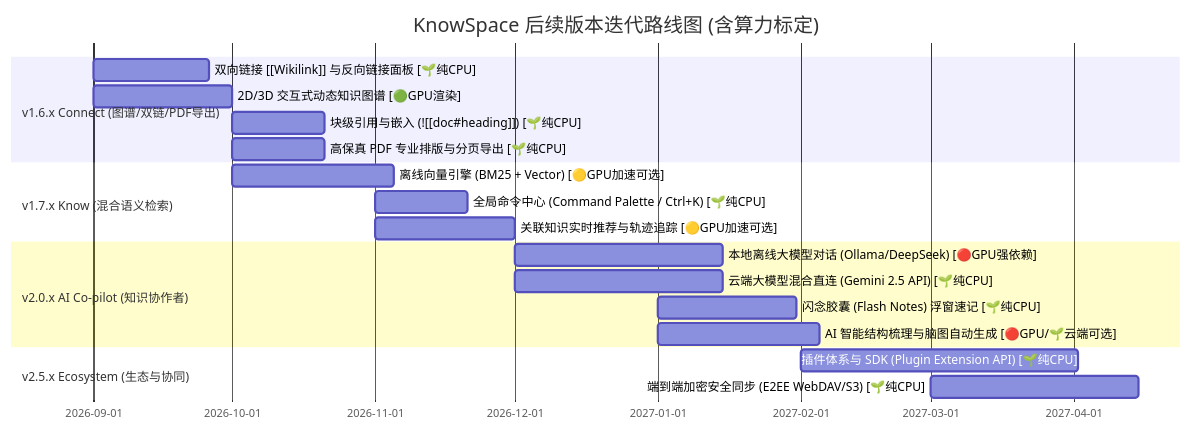
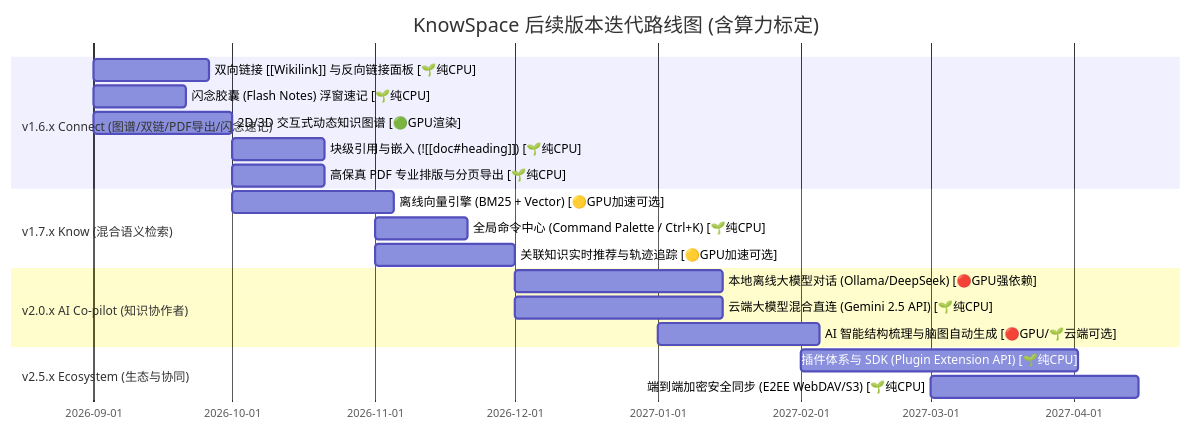
One commit to chunxvzhang-lab/BookMD-Reader changed the diagram in knowspace-netx-work-plan.md. Above: the diagram before and after it, drawn with Mermaid. The commit also changed other lines of this file and 23 other files, not shown here.

````diff
--- a/knowspace-netx-work-plan.md
+++ b/knowspace-netx-work-plan.md
@@ -43,22 +43,22 @@
 ```mermaid
 gantt
     title KnowSpace 后续版本迭代路线图 (含算力标定)
     dateFormat  YYYY-MM
-    section v1.6.x Connect (图谱/双链/PDF导出)
+    section v1.6.x Connect (图谱/双链/PDF导出/闪念速记)
     双向链接 [[Wikilink]] 与反向链接面板 [🌱纯CPU]      :2026-09, 25d
+    闪念胶囊 (Flash Notes) 浮窗速记 [🌱纯CPU]          :2026-09, 20d
     2D/3D 交互式动态知识图谱 [🟢GPU渲染]               :2026-09, 30d
     块级引用与嵌入 (![[doc#heading]]) [🌱纯CPU]         :2026-10, 20d
     高保真 PDF 专业排版与分页导出 [🌱纯CPU]            :2026-10, 20d
     section v1.7.x Know (混合语义检索)
     离线向量引擎 (BM25 + Vector) [🟡GPU加速可选]       :2026-10, 35d
     全局命令中心 (Command Palette / Ctrl+K) [🌱纯CPU]  :2026-11, 20d
     关联知识实时推荐与轨迹追踪 [🟡GPU加速可选]          :2026-11, 30d
     section v2.0.x AI Co-pilot (知识协作者)
     本地离线大模型对话 (Ollama/DeepSeek) [🔴GPU强依赖]  :2026-12, 45d
     云端大模型混合直连 (Gemini 2.5 API) [🌱纯CPU]     :2026-12, 45d
-    闪念胶囊 (Flash Notes) 浮窗速记 [🌱纯CPU]          :2027-01, 30d
     AI 智能结构梳理与脑图自动生成 [🔴GPU/🌱云端可选]     :2027-01, 35d
     section v2.5.x Ecosystem (生态与协同)
     插件体系与 SDK (Plugin Extension API) [🌱纯CPU]    :2027-02, 60d
     端到端加密安全同步 (E2EE WebDAV/S3) [🌱纯CPU]      :2027-03, 45d
 ```
````
